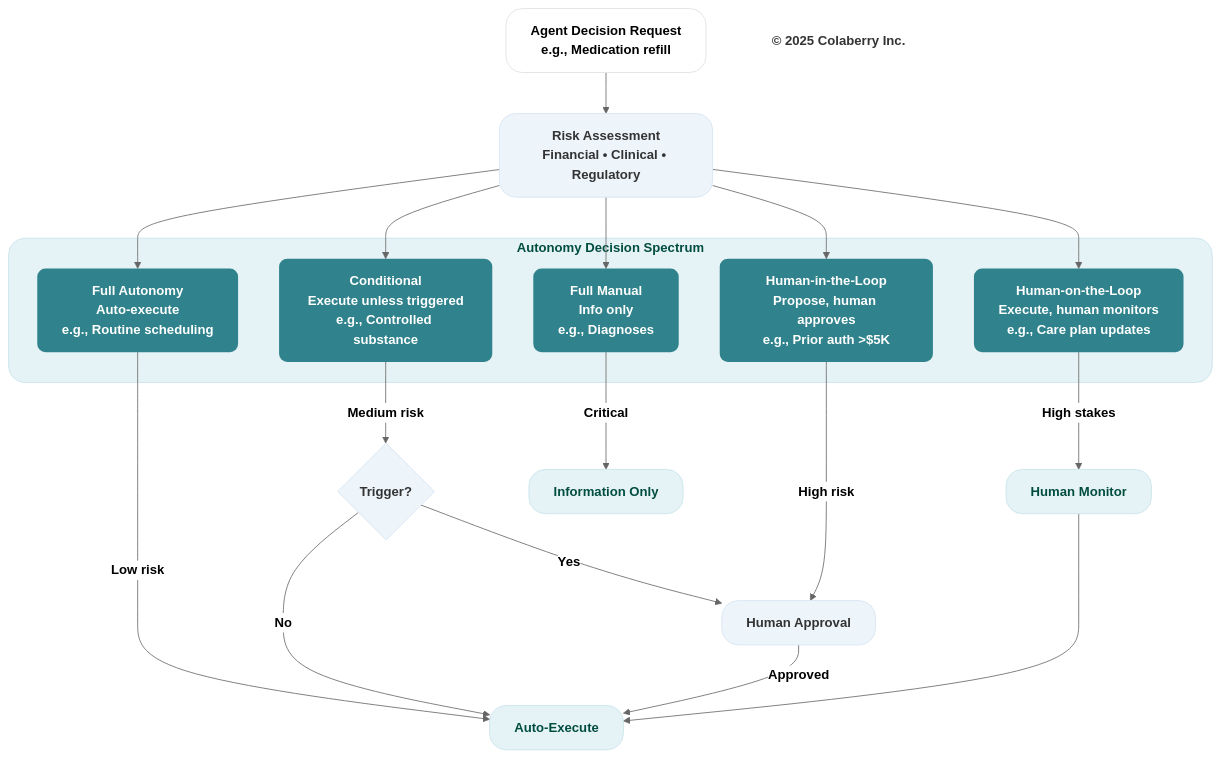
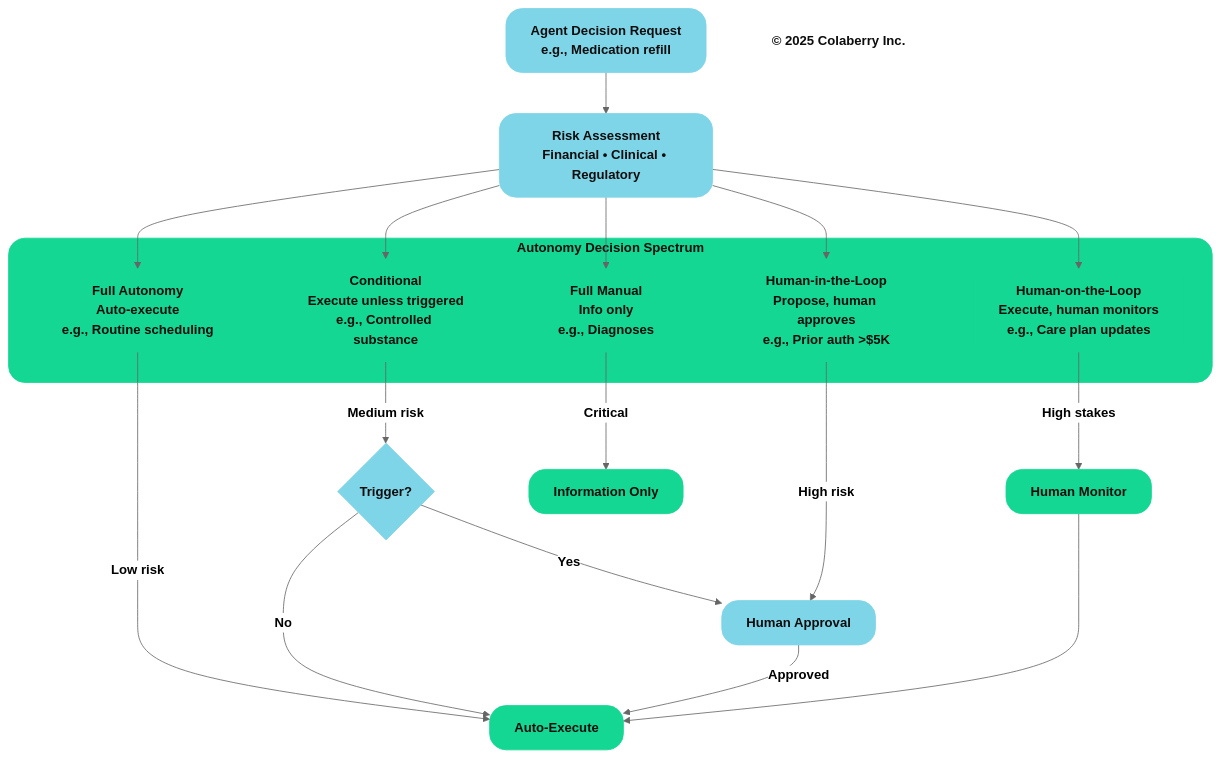
Before and after one commit to saitejesh-cyber/trust-before-intelligence-book: the diagram in mermaid-source/figure-7-6.mmd, drawn with Mermaid (neutral theme). The commit also changed 212 other files, not shown here.

Commit message:
Apply semantic Colaberry palette across all diagram sources and PNGs

```diff
--- a/mermaid-source/figure-7-6.mmd
+++ b/mermaid-source/figure-7-6.mmd
@@ -1,52 +1,52 @@
 graph TB
     REQUEST["<b>Agent Decision Request</b><br/><b>e.g., Medication refill</b>"]
     
     ASSESS["<b>Risk Assessment</b><br/><b>Financial • Clinical • Regulatory</b>"]
     
     REQUEST --> ASSESS
     
     subgraph SPECTRUM["<b>Autonomy Decision Spectrum</b>"]
         FULL["<b>Full Autonomy</b><br/><b>Auto-execute</b><br/><b>e.g., Routine scheduling</b>"]
         
         COND["<b>Conditional</b><br/><b>Execute unless triggered</b><br/><b>e.g., Controlled substance</b>"]
         
         HITL["<b>Human-in-the-Loop</b><br/><b>Propose, human approves</b><br/><b>e.g., Prior auth >$5K</b>"]
         
         HONL["<b>Human-on-the-Loop</b><br/><b>Execute, human monitors</b><br/><b>e.g., Care plan updates</b>"]
         
         MANUAL["<b>Full Manual</b><br/><b>Info only</b><br/><b>e.g., Diagnoses</b>"]
     end
     
     ASSESS --> FULL
     ASSESS --> COND
     ASSESS --> HITL
     ASSESS --> HONL
     ASSESS --> MANUAL
     
     FULL -->|<b>Low risk</b>| EXECUTE["<b>Auto-Execute</b>"]
     COND -->|<b>Medium risk</b>| CHECK{<b>Trigger?</b>}
     CHECK -->|<b>No</b>| EXECUTE
     CHECK -->|<b>Yes</b>| APPROVE["<b>Human Approval</b>"]
     HITL -->|<b>High risk</b>| APPROVE
     HONL -->|<b>High stakes</b>| MONITOR["<b>Human Monitor</b>"]
     MANUAL -->|<b>Critical</b>| INFORM["<b>Information Only</b>"]
     
     APPROVE -->|<b>Approved</b>| EXECUTE
     MONITOR --> EXECUTE
     
-    style REQUEST fill:#ffffff,stroke:#e0e0e0,stroke-width:1px,color:#000000,rx:20,ry:20
-    style ASSESS fill:#edf4fa,stroke:#d6e4f2,stroke-width:1px,color:#333333,rx:20,ry:20
-    style SPECTRUM fill:#e6f3f6,stroke:#c7e3ea,stroke-width:1px,color:#004d40,rx:20,ry:20
-    style FULL fill:#30838C,stroke:none,color:#ffffff,rx:10,ry:10
-    style COND fill:#30838C,stroke:none,color:#ffffff,rx:10,ry:10
-    style HITL fill:#30838C,stroke:none,color:#ffffff,rx:10,ry:10
-    style HONL fill:#30838C,stroke:none,color:#ffffff,rx:10,ry:10
-    style MANUAL fill:#30838C,stroke:none,color:#ffffff,rx:10,ry:10
-    style CHECK fill:#edf4fa,stroke:#d6e4f2,stroke-width:1px,color:#333333,rx:20,ry:20
-    style EXECUTE fill:#e6f3f6,stroke:#c7e3ea,stroke-width:1px,color:#004d40,rx:20,ry:20
-    style APPROVE fill:#edf4fa,stroke:#d6e4f2,stroke-width:1px,color:#333333,rx:20,ry:20
-    style MONITOR fill:#e6f3f6,stroke:#c7e3ea,stroke-width:1px,color:#004d40,rx:20,ry:20
-    style INFORM fill:#e6f3f6,stroke:#c7e3ea,stroke-width:1px,color:#004d40,rx:20,ry:20
+    style REQUEST fill:#7FD5E8,stroke:#7FD5E8,stroke-width:1px,color:#0D0D0D,rx:20,ry:20
+    style ASSESS fill:#7FD5E8,stroke:#7FD5E8,stroke-width:1px,color:#0D0D0D,rx:20,ry:20
+    style SPECTRUM fill:#14D793,stroke:#14D793,stroke-width:1px,color:#0D0D0D,rx:20,ry:20
+    style FULL fill:#14D793,stroke:none,color:#0D0D0D,rx:10,ry:10
+    style COND fill:#14D793,stroke:none,color:#0D0D0D,rx:10,ry:10
+    style HITL fill:#14D793,stroke:none,color:#0D0D0D,rx:10,ry:10
+    style HONL fill:#14D793,stroke:none,color:#0D0D0D,rx:10,ry:10
+    style MANUAL fill:#14D793,stroke:none,color:#0D0D0D,rx:10,ry:10
+    style CHECK fill:#7FD5E8,stroke:#7FD5E8,stroke-width:1px,color:#0D0D0D,rx:20,ry:20
+    style EXECUTE fill:#14D793,stroke:#14D793,stroke-width:1px,color:#0D0D0D,rx:20,ry:20
+    style APPROVE fill:#7FD5E8,stroke:#7FD5E8,stroke-width:1px,color:#0D0D0D,rx:20,ry:20
+    style MONITOR fill:#14D793,stroke:#14D793,stroke-width:1px,color:#0D0D0D,rx:20,ry:20
+    style INFORM fill:#14D793,stroke:#14D793,stroke-width:1px,color:#0D0D0D,rx:20,ry:20
     
     Copyright["<b>© 2025 Colaberry Inc.</b>"]
-    style Copyright fill:none,stroke:none,color:#333333
+    style Copyright fill:none,stroke:none,color:#0D0D0D
```
